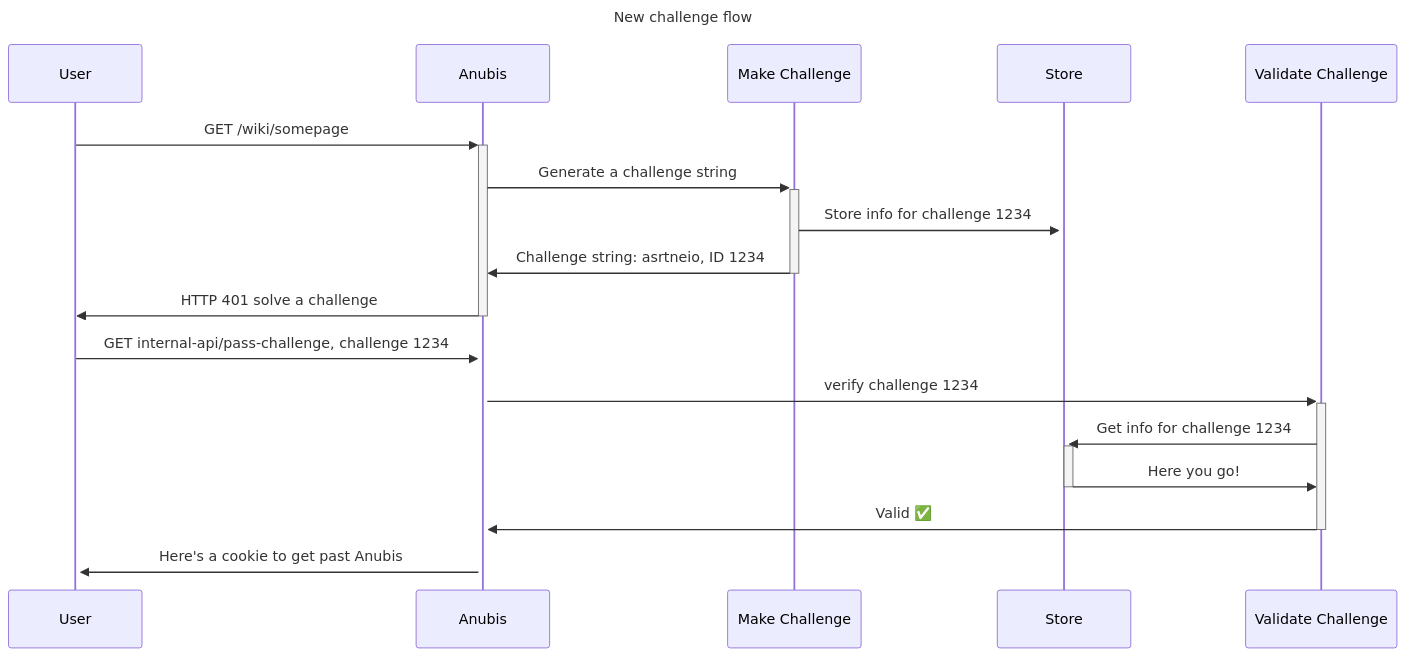
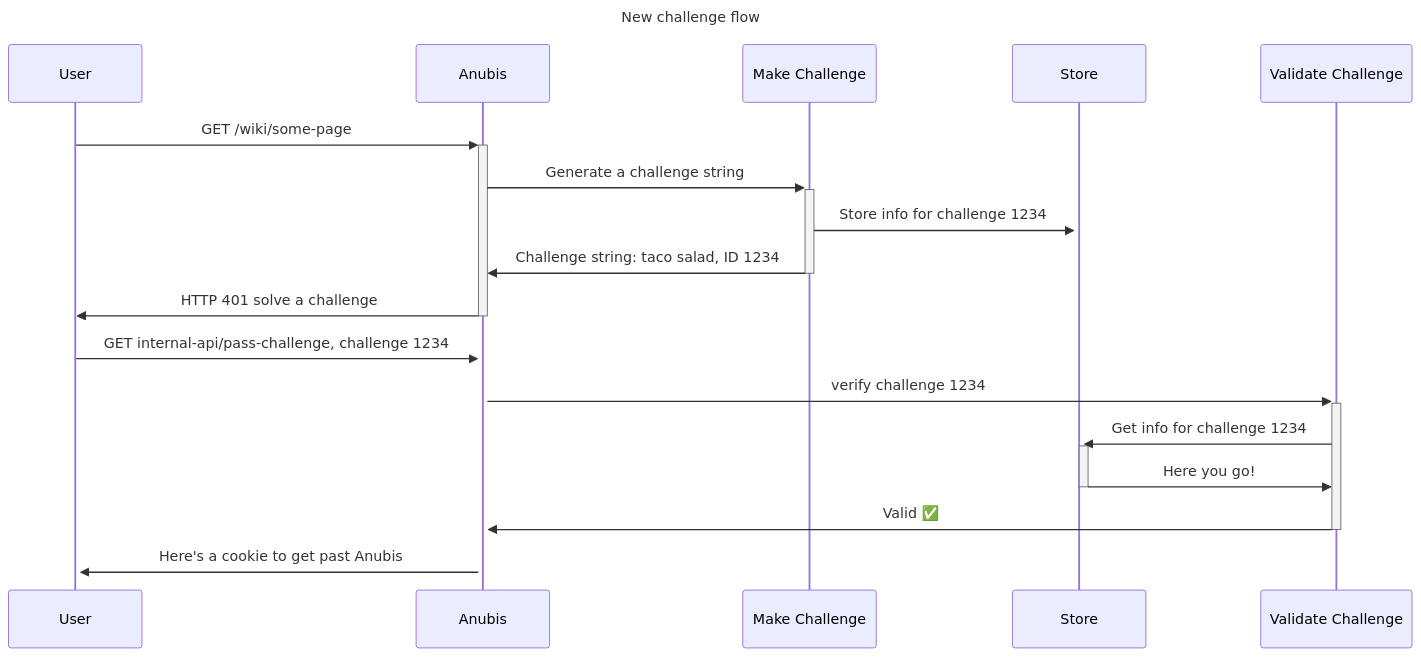
Before and after one commit to rimas-kudelis/anubis: the fourth of 5 diagrams in docs/blog/2025-07-22-release-1.21.1/index.mdx, drawn with Mermaid. The commit also changed other lines of this file and 2 other files, not shown here.

````diff
--- a/docs/blog/2025-07-22-release-1.21.1/index.mdx
+++ b/docs/blog/2025-07-22-release-1.21.1/index.mdx
@@ -283,17 +277,17 @@
 ```mermaid
 ---
 title: New challenge flow
 ---
 sequenceDiagram
-    User->>+Anubis: GET /wiki/somepage
+    User->>+Anubis: GET /wiki/some-page
     Anubis->>+Make Challenge: Generate a challenge string
     Make Challenge->>+Store: Store info for challenge 1234
-    Make Challenge->>-Anubis: Challenge string: asrtneio, ID 1234
+    Make Challenge->>-Anubis: Challenge string: taco salad, ID 1234
     Anubis->>-User: HTTP 401 solve a challenge
     User->>+Anubis: GET internal-api/pass-challenge, challenge 1234
     Anubis->>+Validate Challenge: verify challenge 1234
     Validate Challenge->>+Store: Get info for challenge 1234
     Store->>-Validate Challenge: Here you go!
     Validate Challenge->>-Anubis: Valid ✅
     Anubis->>+User: Here's a cookie to get past Anubis
 ```
````
